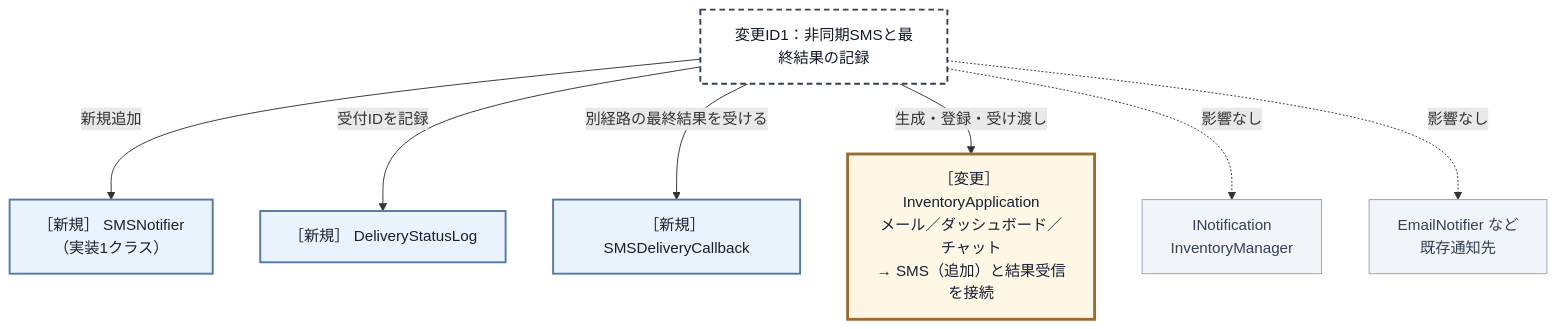
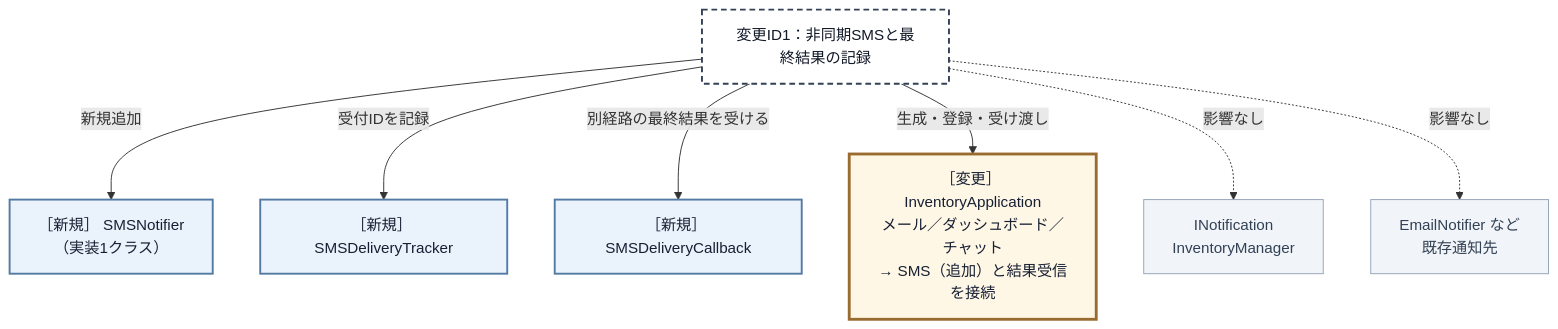
Before and after one commit to kumachan1101-pixel/DesignPattern: diagram 19 of 20 in kindle/design-patterns/books/volume01-core-patterns/output/05-chapter03.md, drawn with Mermaid. The commit also changed other lines of this file and 19 other files, not shown here.

````diff
--- a/kindle/design-patterns/books/volume01-core-patterns/output/05-chapter03.md
+++ b/kindle/design-patterns/books/volume01-core-patterns/output/05-chapter03.md
@@ -2948,15 +2953,15 @@
 ```mermaid
 graph TD
     T1["変更ID1：非同期SMSと最終結果の記録"]:::req
         -->|新規追加| N1["［新規］ SMSNotifier<br>（実装1クラス）"]:::added
-    T1 -->|受付IDを記録| N2["［新規］ DeliveryStatusLog"]:::added
+    T1 -->|受付IDを記録| N2["［新規］ SMSDeliveryTracker"]:::added
     T1 -->|別経路の最終結果を受ける| N3["［新規］ SMSDeliveryCallback"]:::added
     T1 -->|生成・登録・受け渡し| N4["［変更］ InventoryApplication<br>メール／ダッシュボード／チャット<br>→ SMS（追加）と結果受信を接続"]:::touched
     T1 -. "影響なし" .-> A["INotification<br>InventoryManager"]:::keep
     T1 -. "影響なし" .-> B["EmailNotifier など<br>既存通知先"]:::keep
 
     classDef req fill:#ffffff,stroke:#334155,stroke-width:2px,stroke-dasharray:6 4,color:#111827;
     classDef keep fill:#f1f5f9,stroke:#94a3b8,color:#334155;
     classDef added fill:#eaf2fb,stroke:#527aa3,stroke-width:2px,color:#172033;
     classDef touched fill:#fff7e6,stroke:#9a6b2f,stroke-width:3px,color:#172033;
 ```
````
